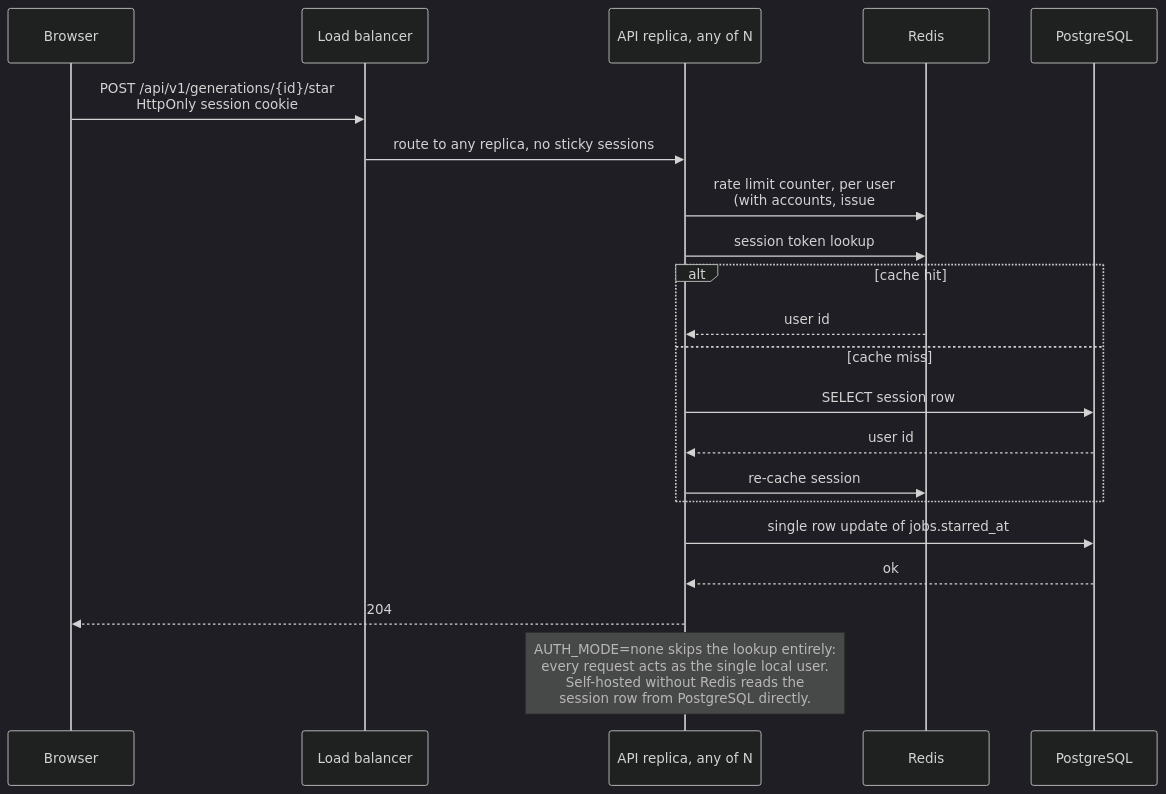
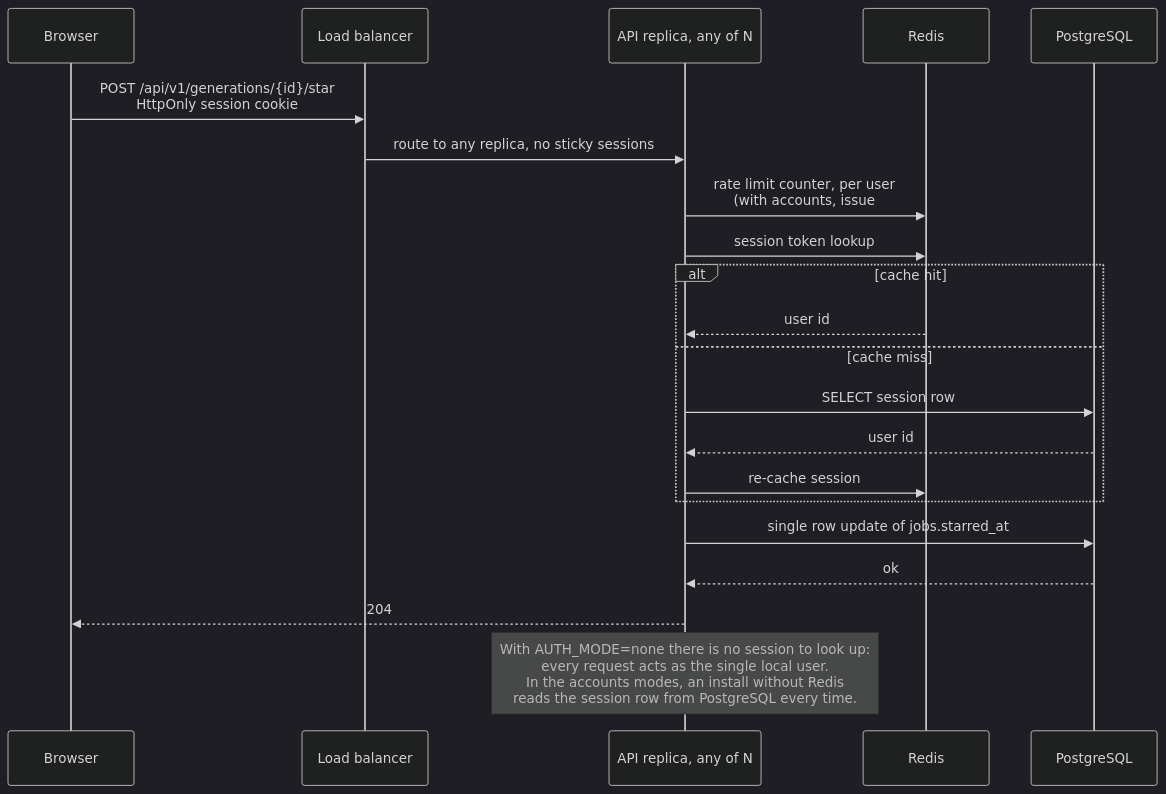
Diagram 12 of 15 in docs/architecture.md (Portocolom-Studio/potocolom), drawn with Mermaid (dark theme) before and after one commit. The commit also changed other lines of this file, not shown here.

Commit message:
Separate the no-accounts case from the no-Redis case in the note
Review of #127. The note read as though AUTH_MODE=none also falls back to
reading a session row, which is the opposite of what the paragraph above
says: in that mode there is no session to read. The two cases are now
stated apart, and the upload label is a sentence rather than a fragment.

````diff
--- a/docs/architecture.md
+++ b/docs/architecture.md
@@ -392,23 +392,23 @@
 ```mermaid
 sequenceDiagram
     participant B as Browser
     participant LB as Load balancer
     participant A as API replica, any of N
     participant R as Redis
     participant P as PostgreSQL
     B->>LB: POST /api/v1/generations/{id}/star<br>HttpOnly session cookie
     LB->>A: route to any replica, no sticky sessions
     A->>R: rate limit counter, per user<br>(with accounts, issue #5)
     A->>R: session token lookup
     alt cache hit
         R-->>A: user id
     else cache miss
         A->>P: SELECT session row
         P-->>A: user id
         A->>R: re-cache session
     end
     A->>P: single row update of jobs.starred_at
     P-->>A: ok
     A-->>B: 204
-    note over A: AUTH_MODE=none skips the lookup entirely:<br>every request acts as the single local user.<br>Self-hosted without Redis reads the<br>session row from PostgreSQL directly.
+    note over A: With AUTH_MODE=none there is no session to look up:<br>every request acts as the single local user.<br>In the accounts modes, an install without Redis<br>reads the session row from PostgreSQL every time.
 ```
````
